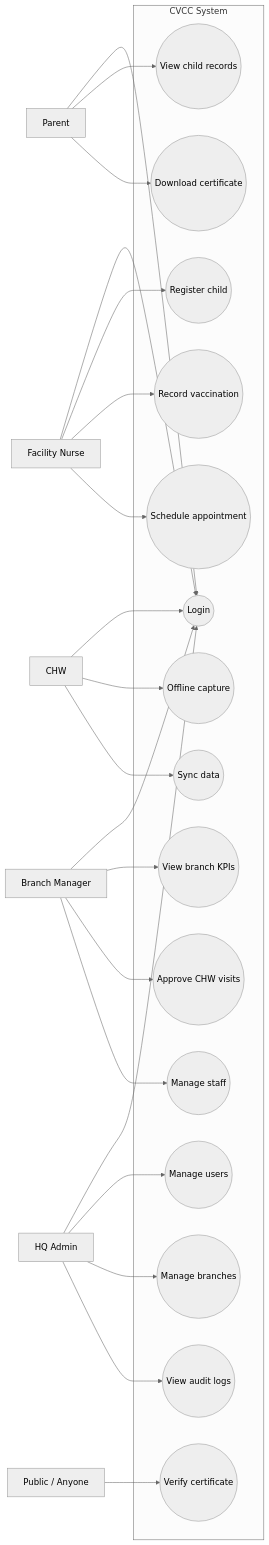
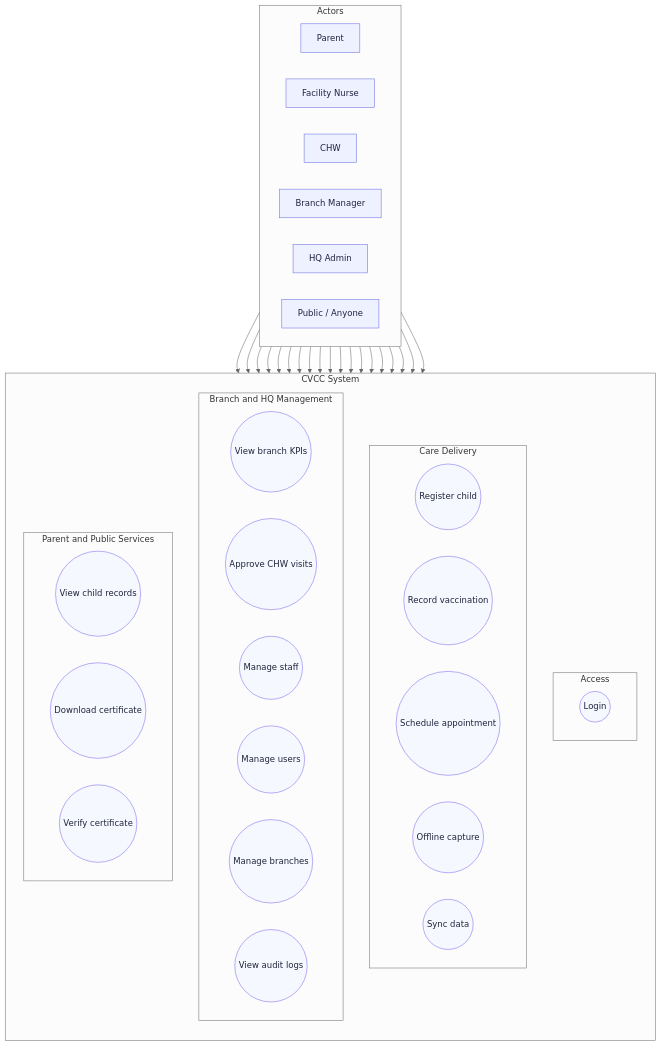
Before and after one commit to Juny-max/child-vaccination-system: the second of 13 diagrams in docs/CHAPTER-4-DIAGRAMS.md, drawn with Mermaid (neutral theme). The commit also changed other lines of this file and 67 other files, not shown here.

Commit message:
docs: add chapter 4 diagram export pack and improve use-case layout

````diff
--- a/docs/CHAPTER-4-DIAGRAMS.md
+++ b/docs/CHAPTER-4-DIAGRAMS.md
@@ -36,45 +36,77 @@
 ```mermaid
-flowchart LR
-  Parent[Parent] --> UC1((Login))
-  Parent --> UC2((View child records))
-  Parent --> UC3((Download certificate))
+flowchart TB
+  subgraph Actors[Actors]
+    direction LR
+    Parent[Parent]
+    Nurse[Facility Nurse]
+    CHW[CHW]
+    BM[Branch Manager]
+    HQA[HQ Admin]
+    Public[Public / Anyone]
+  end
 
-  Nurse[Facility Nurse] --> UC1
-  Nurse --> UC4((Register child))
-  Nurse --> UC5((Record vaccination))
-  Nurse --> UC6((Schedule appointment))
+  subgraph CVCC[CVCC System]
+    direction TB
 
-  CHW[CHW] --> UC1
-  CHW --> UC7((Offline capture))
-  CHW --> UC8((Sync data))
+    subgraph A[Access]
+      direction LR
+      UC1((Login))
+    end
 
-  BM[Branch Manager] --> UC1
-  BM --> UC9((View branch KPIs))
-  BM --> UC10((Approve CHW visits))
-  BM --> UC11((Manage staff))
+    subgraph C[Care Delivery]
+      direction LR
+      UC4((Register child))
+      UC5((Record vaccination))
+      UC6((Schedule appointment))
+      UC7((Offline capture))
+      UC8((Sync data))
+    end
 
-  HQA[HQ Admin] --> UC1
-  HQA --> UC12((Manage users))
-  HQA --> UC13((Manage branches))
-  HQA --> UC14((View audit logs))
+    subgraph M[Branch and HQ Management]
+      direction LR
+      UC9((View branch KPIs))
+      UC10((Approve CHW visits))
+      UC11((Manage staff))
+      UC12((Manage users))
+      UC13((Manage branches))
+      UC14((View audit logs))
+    end
 
-  Public[Public / Anyone] --> UC15((Verify certificate))
+    subgraph P[Parent and Public Services]
+      direction LR
+      UC2((View child records))
+      UC3((Download certificate))
+      UC15((Verify certificate))
+    end
+  end
 
-  subgraph CVCC System
-    UC1
-    UC2
-    UC3
-    UC4
-    UC5
-    UC6
-    UC7
-    UC8
-    UC9
-    UC10
-    UC11
-    UC12
-    UC13
-    UC14
-    UC15
-  end
+  Parent --> UC1
+  Parent --> UC2
+  Parent --> UC3
+
+  Nurse --> UC1
+  Nurse --> UC4
+  Nurse --> UC5
+  Nurse --> UC6
+
+  CHW --> UC1
+  CHW --> UC7
+  CHW --> UC8
+
+  BM --> UC1
+  BM --> UC9
+  BM --> UC10
+  BM --> UC11
+
+  HQA --> UC1
+  HQA --> UC12
+  HQA --> UC13
+  HQA --> UC14
+
+  Public --> UC15
+
+  classDef actor fill:#eef1ff,stroke:#6b6de3,color:#1f2440,stroke-width:1px
+  classDef usecase fill:#f6f8ff,stroke:#7b68ee,color:#20243a,stroke-width:1px
+  class Parent,Nurse,CHW,BM,HQA,Public actor
+  class UC1,UC2,UC3,UC4,UC5,UC6,UC7,UC8,UC9,UC10,UC11,UC12,UC13,UC14,UC15 usecase
 ```
````
